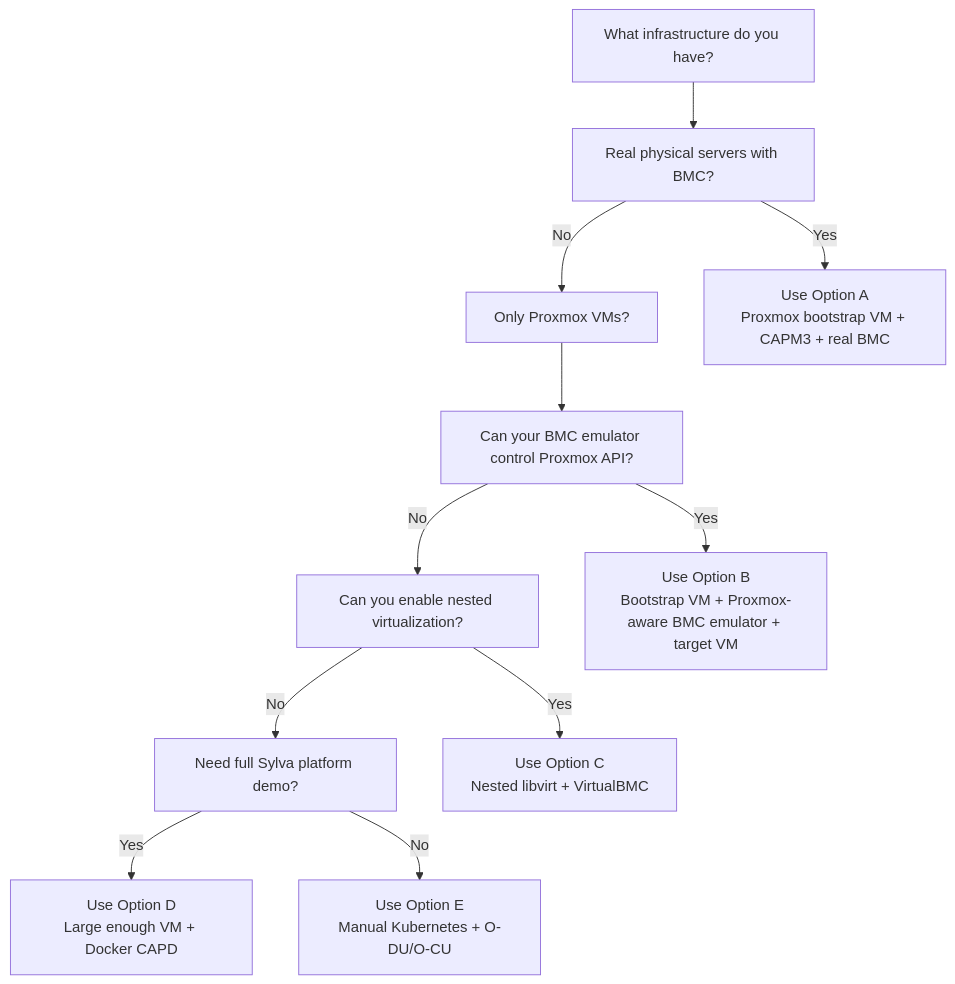
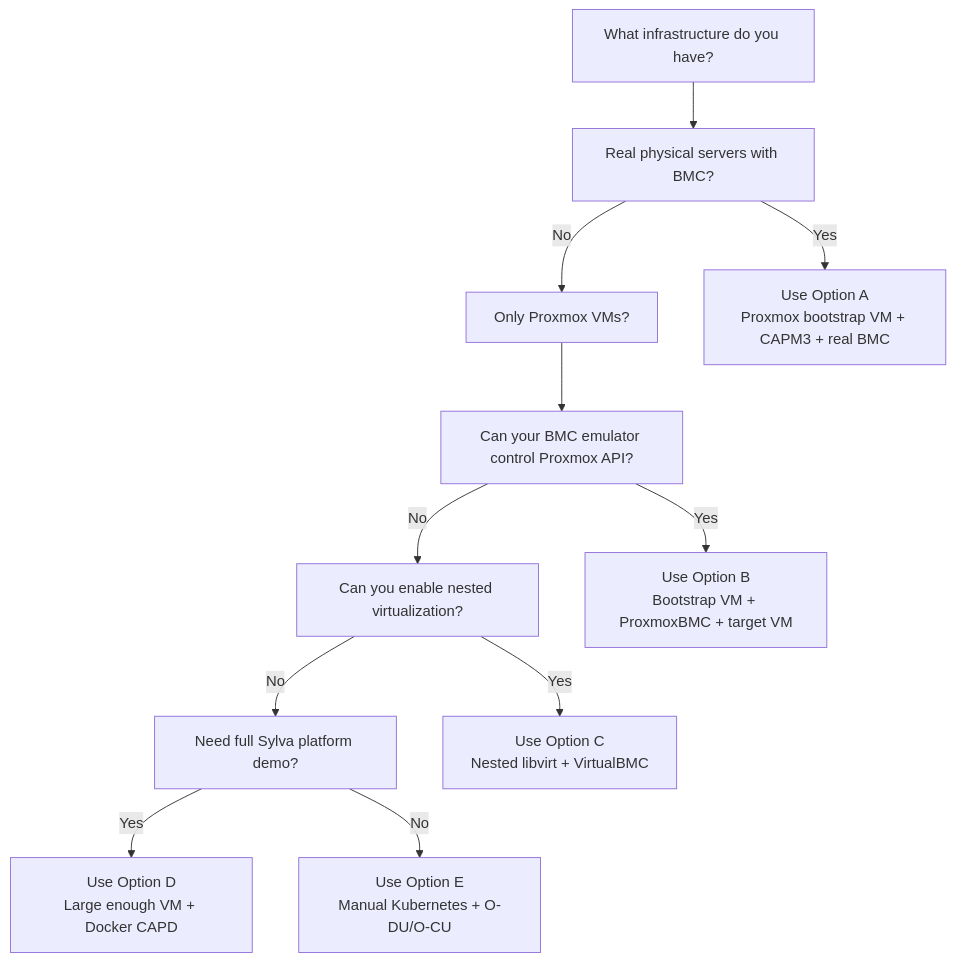
One commit to mohammedelnageb/Sylva_OIE_Project changed the first of 4 diagrams in docs/baremetal/README.md. Above: the diagram before and after it, drawn with Mermaid. The commit also changed other lines of this file, not shown here.

Commit message:
Validate ProxmoxBMC Option B steps

````diff
--- a/docs/baremetal/README.md
+++ b/docs/baremetal/README.md
@@ -33,20 +33,20 @@
 ```mermaid
 flowchart TD
     start["What infrastructure do you have?"]
     realbm["Real physical servers with BMC?"]
     proxmox["Only Proxmox VMs?"]
     api["Can your BMC emulator control Proxmox API?"]
     enough["Can you enable nested virtualization?"]
     sylva["Need full Sylva platform demo?"]
 
     start --> realbm
     realbm -->|"Yes"| capm3["Use Option A<br/>Proxmox bootstrap VM + CAPM3 + real BMC"]
     realbm -->|"No"| proxmox
     proxmox --> api
-    api -->|"Yes"| proxemu["Use Option B<br/>Bootstrap VM + Proxmox-aware BMC emulator + target VM"]
+    api -->|"Yes"| proxemu["Use Option B<br/>Bootstrap VM + ProxmoxBMC + target VM"]
     api -->|"No"| enough
     enough -->|"Yes"| fake["Use Option C<br/>Nested libvirt + VirtualBMC"]
     enough -->|"No"| sylva
     sylva -->|"Yes"| capd["Use Option D<br/>Large enough VM + Docker CAPD"]
     sylva -->|"No"| manual["Use Option E<br/>Manual Kubernetes + O-DU/O-CU"]
 ```
````
